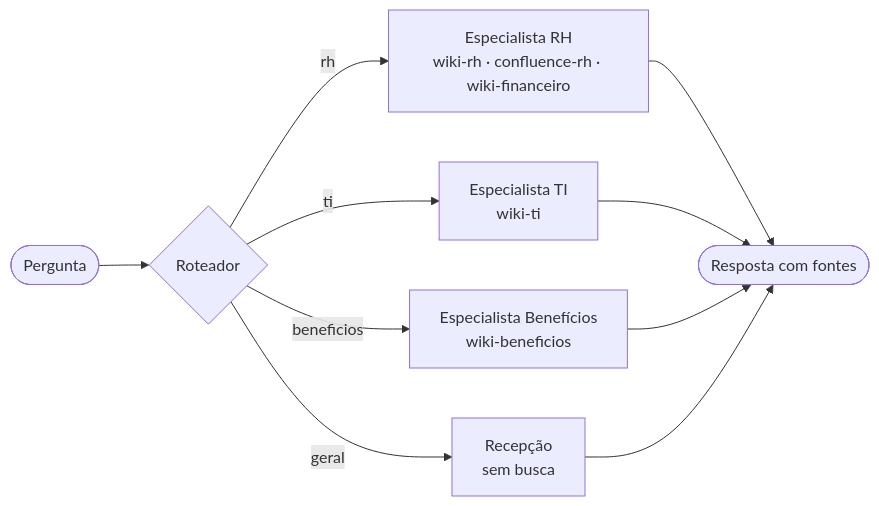
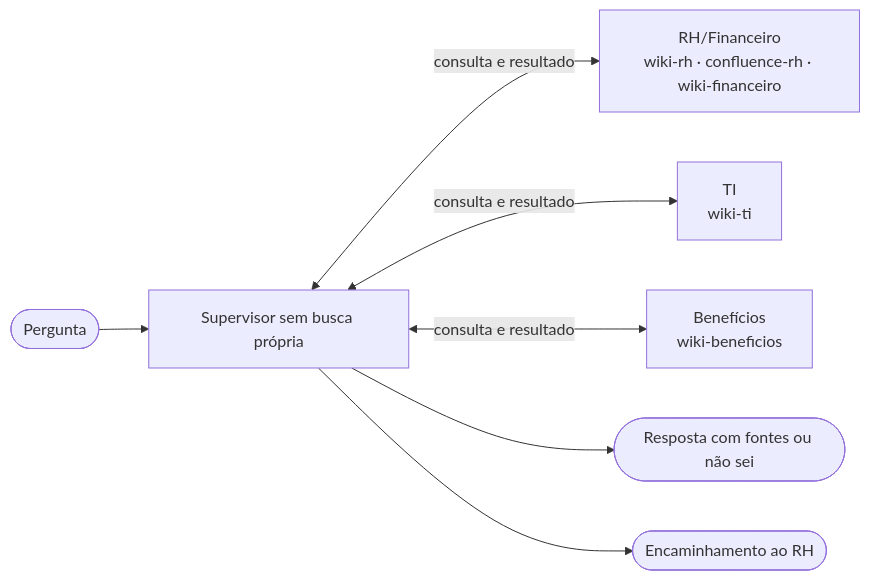
One commit to NotJhonatan/ai-agents-engineering-v2 changed the diagram in encontro-04/NOTA-ARQUITETURA.md. Above: the diagram before and after it, drawn with Mermaid. The commit also changed other lines of this file and 21 other files, not shown here.

````diff
--- a/encontro-04/NOTA-ARQUITETURA.md
+++ b/encontro-04/NOTA-ARQUITETURA.md
@@ -22,12 +13,9 @@
 ```mermaid
 flowchart LR
-    P([Pergunta]) --> R{Roteador}
-    R -->|rh| RH[Especialista RH<br/>wiki-rh · confluence-rh · wiki-financeiro]
-    R -->|ti| TI[Especialista TI<br/>wiki-ti]
-    R -->|beneficios| BE[Especialista Benefícios<br/>wiki-beneficios]
-    R -->|geral| GE[Recepção<br/>sem busca]
-    RH --> S([Resposta com fontes])
-    TI --> S
-    BE --> S
-    GE --> S
+    P([Pergunta]) --> S[Supervisor sem busca própria]
+    S <-->|consulta e resultado| RH[RH/Financeiro<br/>wiki-rh · confluence-rh · wiki-financeiro]
+    S <-->|consulta e resultado| TI[TI<br/>wiki-ti]
+    S <-->|consulta e resultado| BE[Benefícios<br/>wiki-beneficios]
+    S --> R([Resposta com fontes ou não sei])
+    S --> E([Encaminhamento ao RH])
 ```
````
